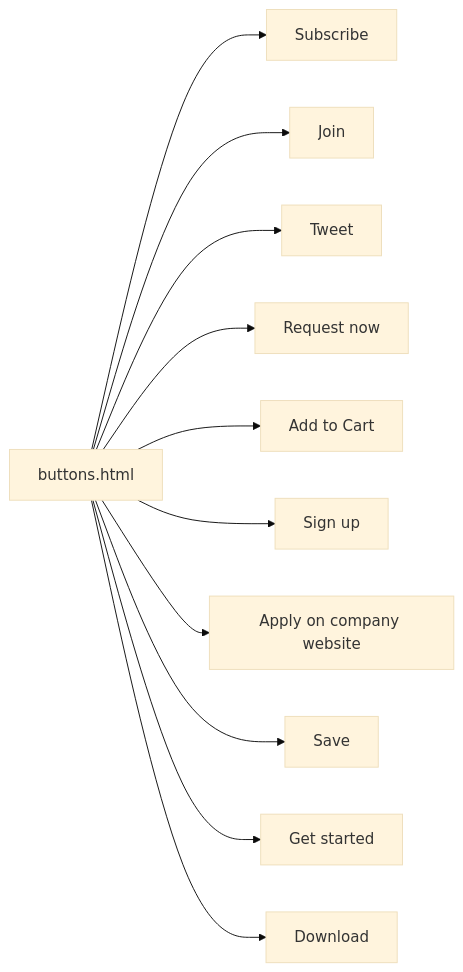
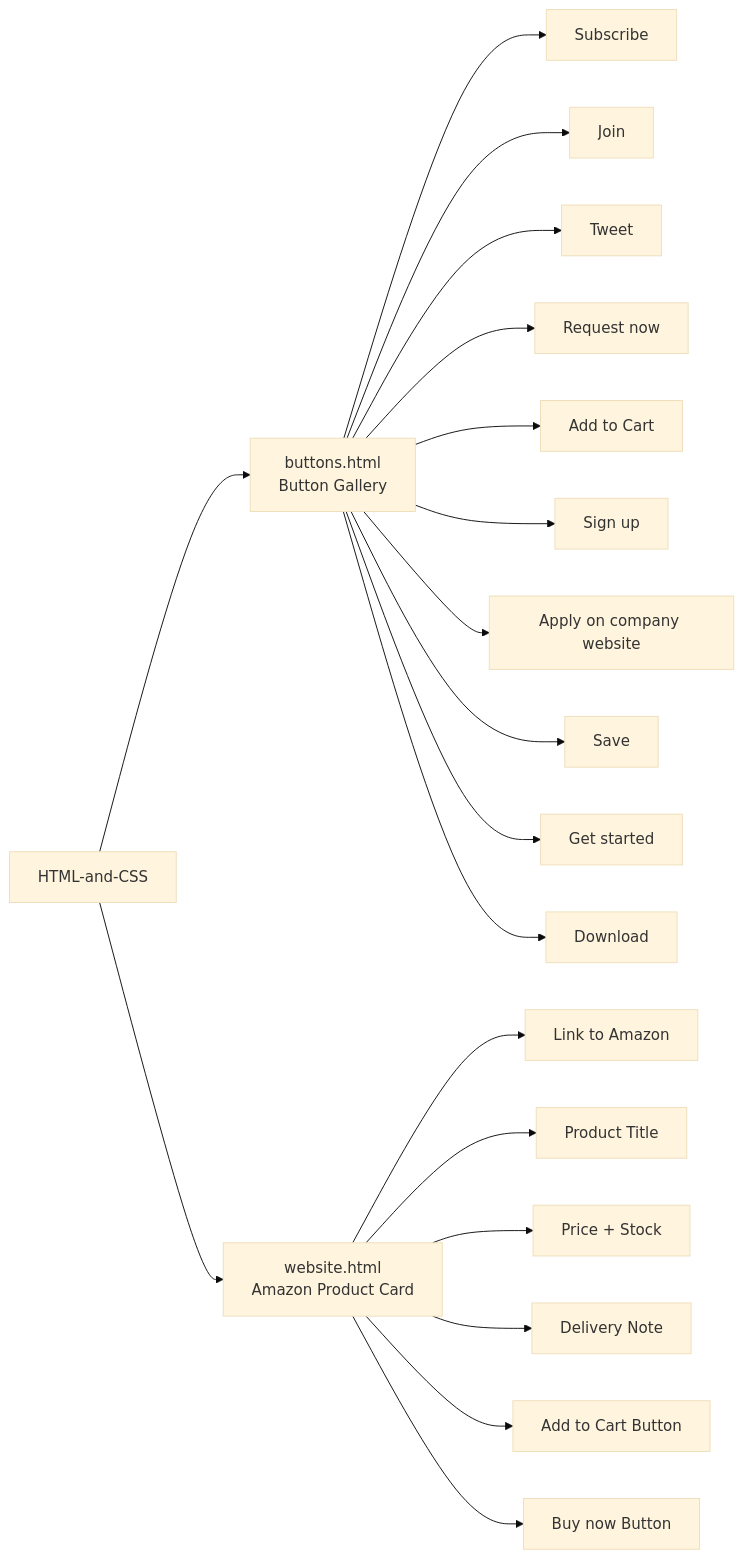
One commit to Betha-hemanth/HTML-and-CSS changed the first of 9 diagrams in README.md. Above: the diagram before and after it, drawn with Mermaid (base theme). The commit also changed other lines of this file and 20 other files, not shown here.

````diff
--- a/README.md
+++ b/README.md
@@ -126,13 +28,23 @@
 ```mermaid
 flowchart LR
-    A["buttons.html"] --> B["Subscribe"]
-    A --> C["Join"]
-    A --> D["Tweet"]
-    A --> E["Request now"]
-    A --> F["Add to Cart"]
-    A --> G["Sign up"]
-    A --> H["Apply on company website"]
-    A --> I["Save"]
-    A --> J["Get started"]
-    A --> K["Download"]
+    Repo["HTML-and-CSS"] --> A["buttons.html\nButton Gallery"]
+    Repo --> B["website.html\nAmazon Product Card"]
+
+    A --> A1[Subscribe]
+    A --> A2[Join]
+    A --> A3[Tweet]
+    A --> A4[Request now]
+    A --> A5[Add to Cart]
+    A --> A6[Sign up]
+    A --> A7[Apply on company website]
+    A --> A8[Save]
+    A --> A9[Get started]
+    A --> A10[Download]
+
+    B --> B1[Link to Amazon]
+    B --> B2[Product Title]
+    B --> B3[Price + Stock]
+    B --> B4[Delivery Note]
+    B --> B5["Add to Cart" Button]
+    B --> B6["Buy now" Button]
 ```
````
